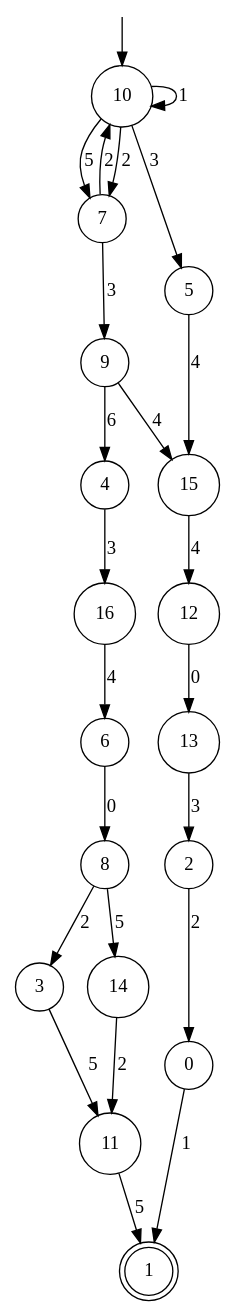
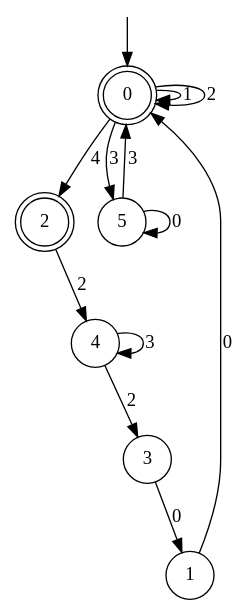
One commit to xinqin23/ShapeIt changed the diagram in automaton_to_regex/automaton.dot. Above: the diagram before and after it, drawn with Graphviz. The commit also changed 4 other files, not shown here.

```diff
--- a/automaton_to_regex/automaton.dot
+++ b/automaton_to_regex/automaton.dot
@@ -1,46 +1,24 @@
 digraph g {
 
-	s0 [shape="circle" label="0"];
-	s1 [shape="doublecircle" label="1"];
-	s2 [shape="circle" label="2"];
+	s0 [shape="doublecircle" label="0"];
+	s1 [shape="circle" label="1"];
+	s2 [shape="doublecircle" label="2"];
 	s3 [shape="circle" label="3"];
 	s4 [shape="circle" label="4"];
 	s5 [shape="circle" label="5"];
-	s6 [shape="circle" label="6"];
-	s7 [shape="circle" label="7"];
-	s8 [shape="circle" label="8"];
-	s9 [shape="circle" label="9"];
-	s10 [shape="circle" label="10"];
-	s11 [shape="circle" label="11"];
-	s12 [shape="circle" label="12"];
-	s13 [shape="circle" label="13"];
-	s14 [shape="circle" label="14"];
-	s15 [shape="circle" label="15"];
-	s16 [shape="circle" label="16"];
-	s0 -> s1 [label="1"];
-	s2 -> s0 [label="2"];
-	s3 -> s11 [label="5"];
-	s4 -> s16 [label="3"];
-	s5 -> s15 [label="4"];
-	s6 -> s8 [label="0"];
-	s7 -> s10 [label="2"];
-	s7 -> s9 [label="3"];
-	s8 -> s3 [label="2"];
-	s8 -> s14 [label="5"];
-	s9 -> s15 [label="4"];
-	s9 -> s4 [label="6"];
-	s10 -> s10 [label="1"];
-	s10 -> s7 [label="2"];
-	s10 -> s5 [label="3"];
-	s10 -> s7 [label="5"];
-	s11 -> s1 [label="5"];
-	s12 -> s13 [label="0"];
-	s13 -> s2 [label="3"];
-	s14 -> s11 [label="2"];
-	s15 -> s12 [label="4"];
-	s16 -> s6 [label="4"];
+	s0 -> s0 [label="1"];
+	s0 -> s0 [label="2"];
+	s0 -> s5 [label="3"];
+	s0 -> s2 [label="4"];
+	s1 -> s0 [label="0"];
+	s2 -> s4 [label="2"];
+	s3 -> s1 [label="0"];
+	s4 -> s3 [label="2"];
+	s4 -> s4 [label="3"];
+	s5 -> s5 [label="0"];
+	s5 -> s0 [label="3"];
 
 __start0 [label="" shape="none" width="0" height="0"];
-__start0 -> s10;
+__start0 -> s0;
 
 }
```
